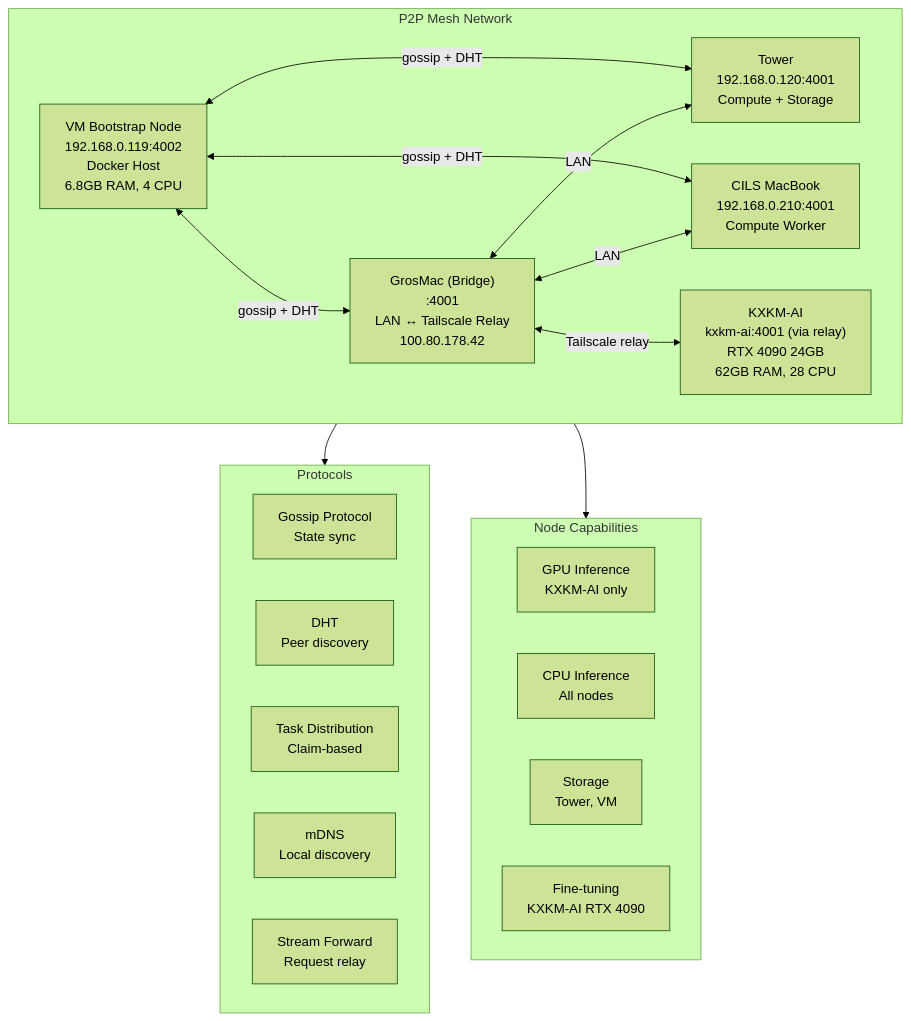
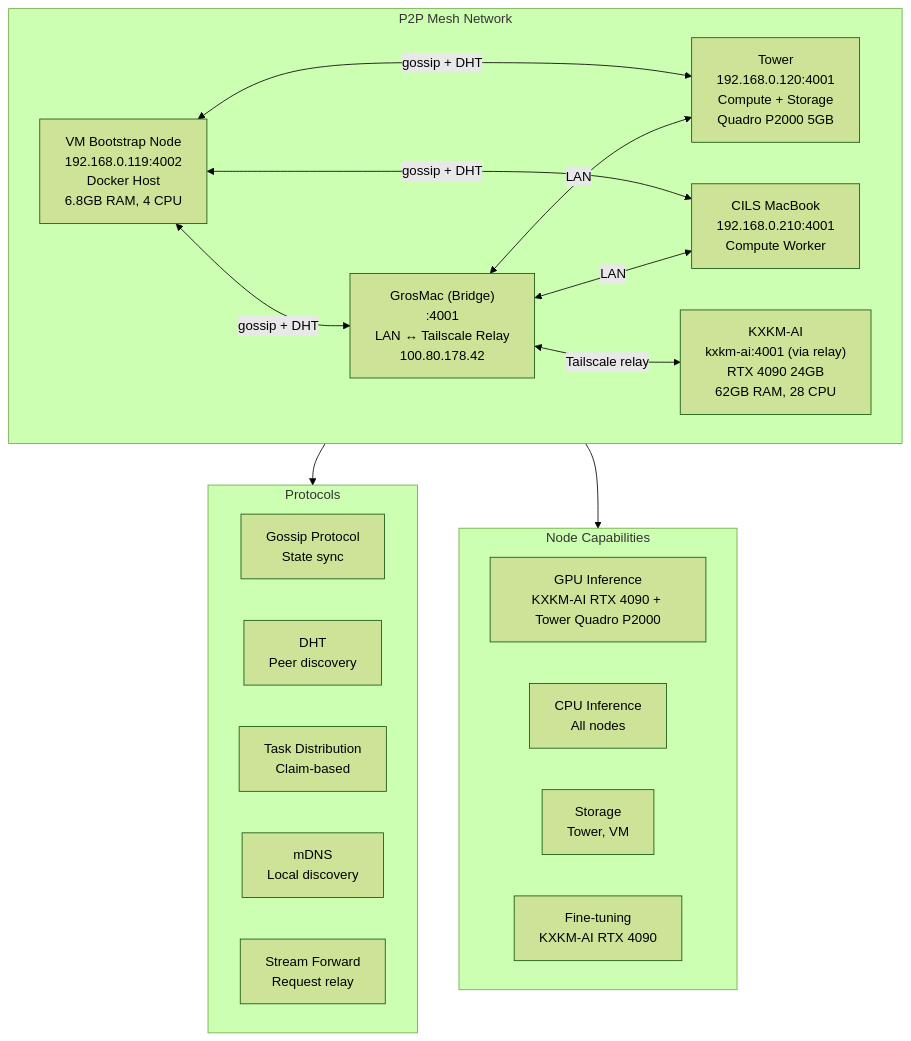
Before and after one commit to electron-rare/mascarade: the fifth of 8 diagrams in docs/ARCHITECTURE.md, drawn with Mermaid (forest theme).

Commit message:
docs: Tower GPU (Quadro P2000) — schémas P2P mesh et capabilities

````diff
--- a/docs/ARCHITECTURE.md
+++ b/docs/ARCHITECTURE.md
@@ -267,35 +267,35 @@
 ```mermaid
 graph TB
     subgraph Mesh["P2P Mesh Network"]
         VM["VM Bootstrap Node<br/>192.168.0.119:4002<br/>Docker Host<br/>6.8GB RAM, 4 CPU"]
         GROSMAC["GrosMac (Bridge)<br/>:4001<br/>LAN ↔ Tailscale Relay<br/>100.80.178.42"]
         CILS["CILS MacBook<br/>192.168.0.210:4001<br/>Compute Worker"]
-        TOWER["Tower<br/>192.168.0.120:4001<br/>Compute + Storage"]
+        TOWER["Tower<br/>192.168.0.120:4001<br/>Compute + Storage<br/>Quadro P2000 5GB"]
         KXKM["KXKM-AI<br/>kxkm-ai:4001 (via relay)<br/>RTX 4090 24GB<br/>62GB RAM, 28 CPU"]
     end
 
     VM <-->|"gossip + DHT"| GROSMAC
     VM <-->|"gossip + DHT"| TOWER
     VM <-->|"gossip + DHT"| CILS
     GROSMAC <-->|"Tailscale relay"| KXKM
     GROSMAC <-->|"LAN"| TOWER
     GROSMAC <-->|"LAN"| CILS
 
     subgraph Protocols["Protocols"]
         GOSSIP[Gossip Protocol<br/>State sync]
         DHT_P[DHT<br/>Peer discovery]
         TASK_D[Task Distribution<br/>Claim-based]
         MDNS_P[mDNS<br/>Local discovery]
         STREAM[Stream Forward<br/>Request relay]
     end
 
     subgraph Capabilities["Node Capabilities"]
-        GPU_CAP[GPU Inference<br/>KXKM-AI only]
+        GPU_CAP[GPU Inference<br/>KXKM-AI RTX 4090 + Tower Quadro P2000]
         CPU_CAP[CPU Inference<br/>All nodes]
         STORE_CAP[Storage<br/>Tower, VM]
         FT_CAP[Fine-tuning<br/>KXKM-AI RTX 4090]
     end
 
     Mesh --> Protocols
     Mesh --> Capabilities
 ```
````
